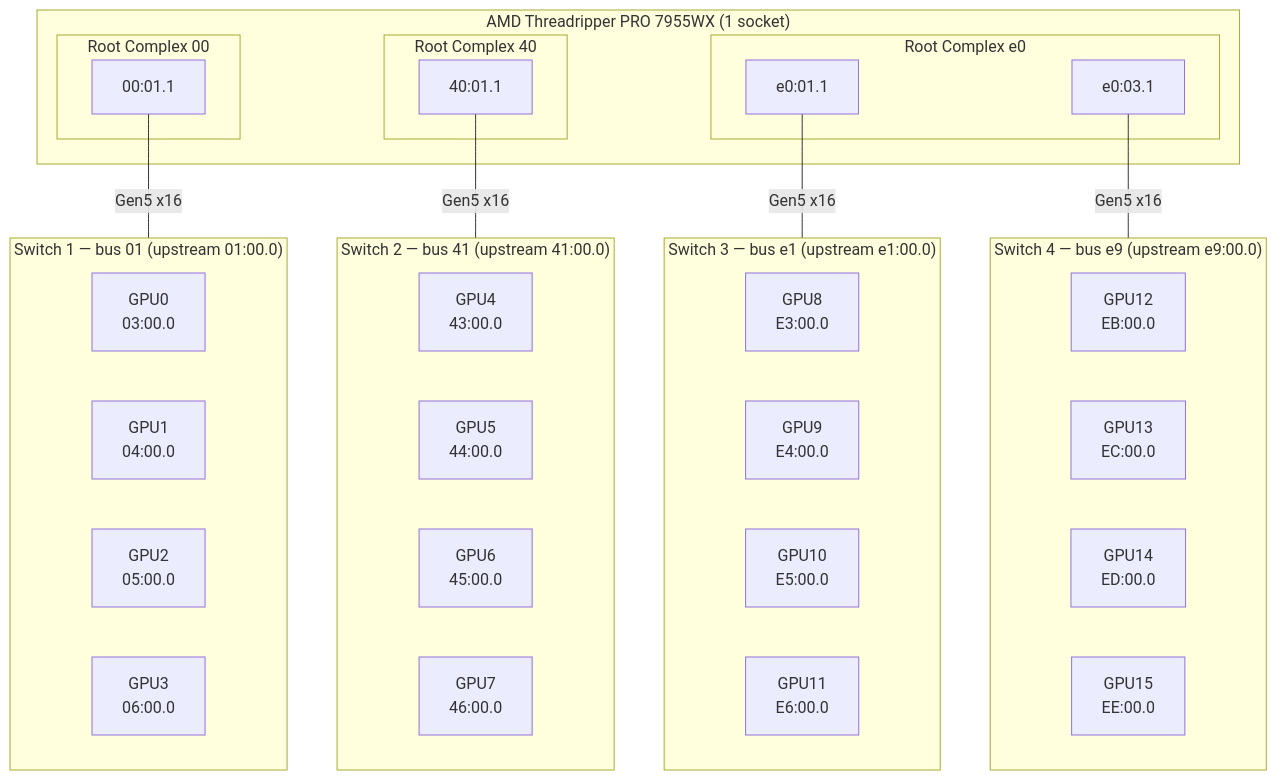
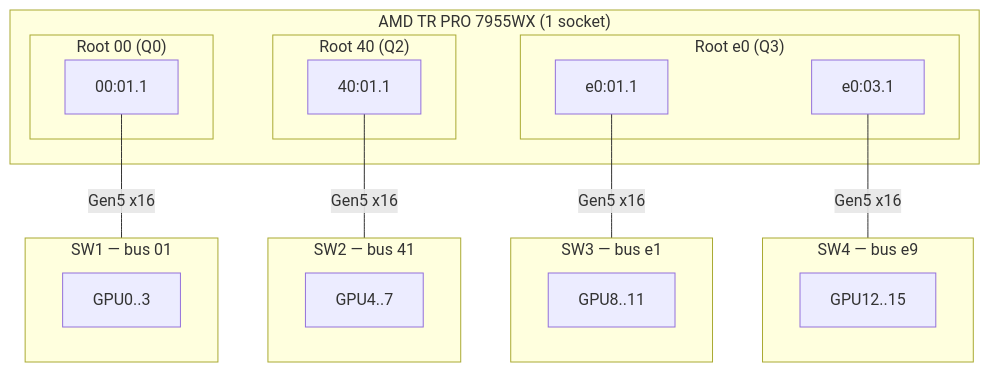
One commit to Visual-Synthesizer/rtx6kpro changed the diagram in hardware/wrx90-cpayne-16gpu-4switch.md. Above: the diagram before and after it, drawn with Mermaid. The commit also changed other lines of this file, not shown here.

First line of the commit message:
16gpu-4switch: rewrite around three topology variants

````diff
--- a/hardware/wrx90-cpayne-16gpu-4switch.md
+++ b/hardware/wrx90-cpayne-16gpu-4switch.md
@@ -43,48 +82,31 @@
 ```mermaid
 graph TD
-    subgraph CPU["AMD Threadripper PRO 7955WX (1 socket)"]
-        subgraph RC1["Root Complex 00"]
+    subgraph CPU["AMD TR PRO 7955WX (1 socket)"]
+        subgraph RC1["Root 00 (Q0)"]
             RP1["00:01.1"]
         end
-        subgraph RC2["Root Complex 40"]
+        subgraph RC2["Root 40 (Q2)"]
             RP2["40:01.1"]
         end
-        subgraph RC3["Root Complex e0"]
+        subgraph RC3["Root e0 (Q3)"]
             RP3["e0:01.1"]
             RP4["e0:03.1"]
         end
     end
-
-    subgraph SW1["Switch 1 — bus 01 (upstream 01:00.0)"]
-        GPU0["GPU0<br/>03:00.0"]
-        GPU1["GPU1<br/>04:00.0"]
-        GPU2["GPU2<br/>05:00.0"]
-        GPU3["GPU3<br/>06:00.0"]
+    subgraph SW1["SW1 — bus 01"]
+        GPU0["GPU0..3"]
     end
-
-    subgraph SW2["Switch 2 — bus 41 (upstream 41:00.0)"]
-        GPU4["GPU4<br/>43:00.0"]
-        GPU5["GPU5<br/>44:00.0"]
-        GPU6["GPU6<br/>45:00.0"]
-        GPU7["GPU7<br/>46:00.0"]
+    subgraph SW2["SW2 — bus 41"]
+        GPU1["GPU4..7"]
     end
-
-    subgraph SW3["Switch 3 — bus e1 (upstream e1:00.0)"]
-        GPU8["GPU8<br/>E3:00.0"]
-        GPU9["GPU9<br/>E4:00.0"]
-        GPU10["GPU10<br/>E5:00.0"]
-        GPU11["GPU11<br/>E6:00.0"]
+    subgraph SW3["SW3 — bus e1"]
+        GPU2["GPU8..11"]
     end
-
-    subgraph SW4["Switch 4 — bus e9 (upstream e9:00.0)"]
-        GPU12["GPU12<br/>EB:00.0"]
-        GPU13["GPU13<br/>EC:00.0"]
-        GPU14["GPU14<br/>ED:00.0"]
-        GPU15["GPU15<br/>EE:00.0"]
+    subgraph SW4["SW4 — bus e9"]
+        GPU3["GPU12..15"]
     end
-
     RP1 ---|"Gen5 x16"| SW1
     RP2 ---|"Gen5 x16"| SW2
     RP3 ---|"Gen5 x16"| SW3
     RP4 ---|"Gen5 x16"| SW4
 ```
````
